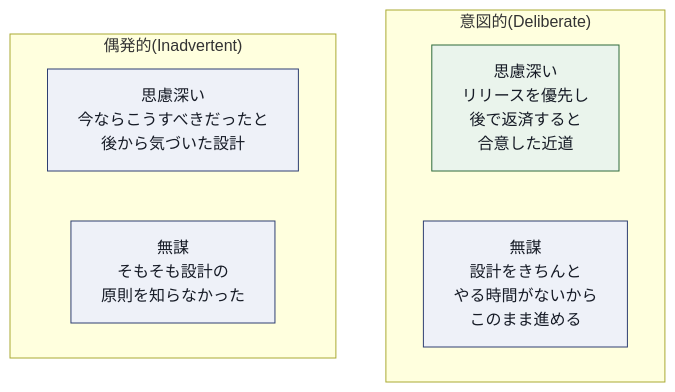
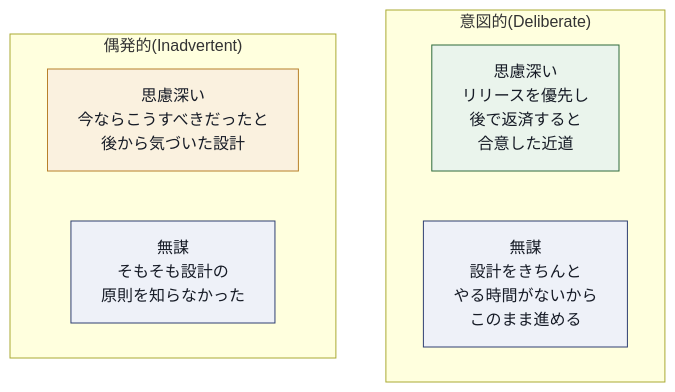
The sixth of 17 diagrams in A-cspo-advanced-certified-scrum-product-owner-study-guide.md (myoshi2891/Management-Team-Building-Studies), drawn with Mermaid before and after one commit. The commit also changed other lines of this file, not shown here.

First line of the commit message:
docs(a-cspo): 資格レベル表記・受験要件フロー・キャリアパス図を修正

````diff
--- a/A-cspo-advanced-certified-scrum-product-owner-study-guide.md
+++ b/A-cspo-advanced-certified-scrum-product-owner-study-guide.md
@@ -390,17 +395,19 @@
 ```mermaid
 flowchart TB
     subgraph Deliberate["意図的(Deliberate)"]
         DP["思慮深い<br/>リリースを優先し<br/>後で返済すると<br/>合意した近道"]
         DR["無謀<br/>設計をきちんと<br/>やる時間がないから<br/>このまま進める"]
     end
 
     subgraph Inadvertent["偶発的(Inadvertent)"]
         IP["思慮深い<br/>今ならこうすべきだったと<br/>後から気づいた設計"]
         IR["無謀<br/>そもそも設計の<br/>原則を知らなかった"]
     end
 
     classDef good fill:#EAF4EC,stroke:#2F6B3D,color:#161B26
     classDef bad fill:#EEF1F8,stroke:#2E3F72,color:#161B26
+    classDef learn fill:#FAF1DF,stroke:#B8802A,color:#161B26
     class DP good
-    class IP,DR,IR bad
+    class IP learn
+    class DR,IR bad
 ```
````
